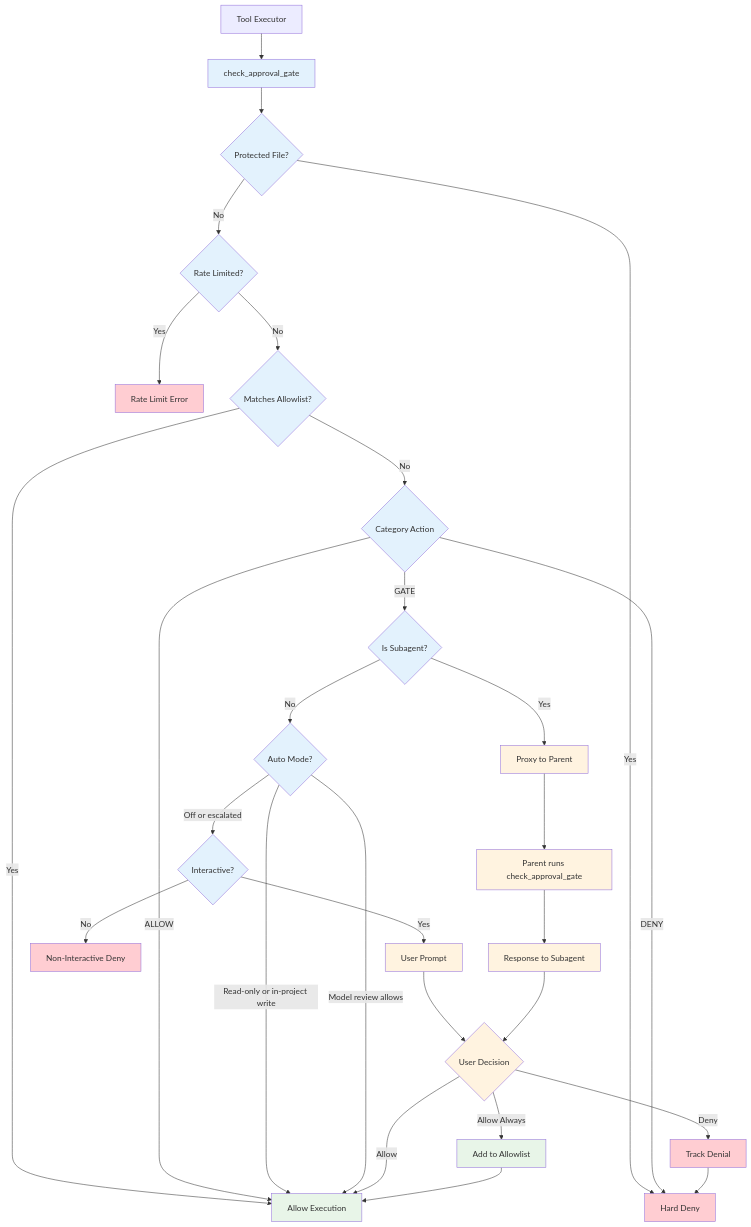
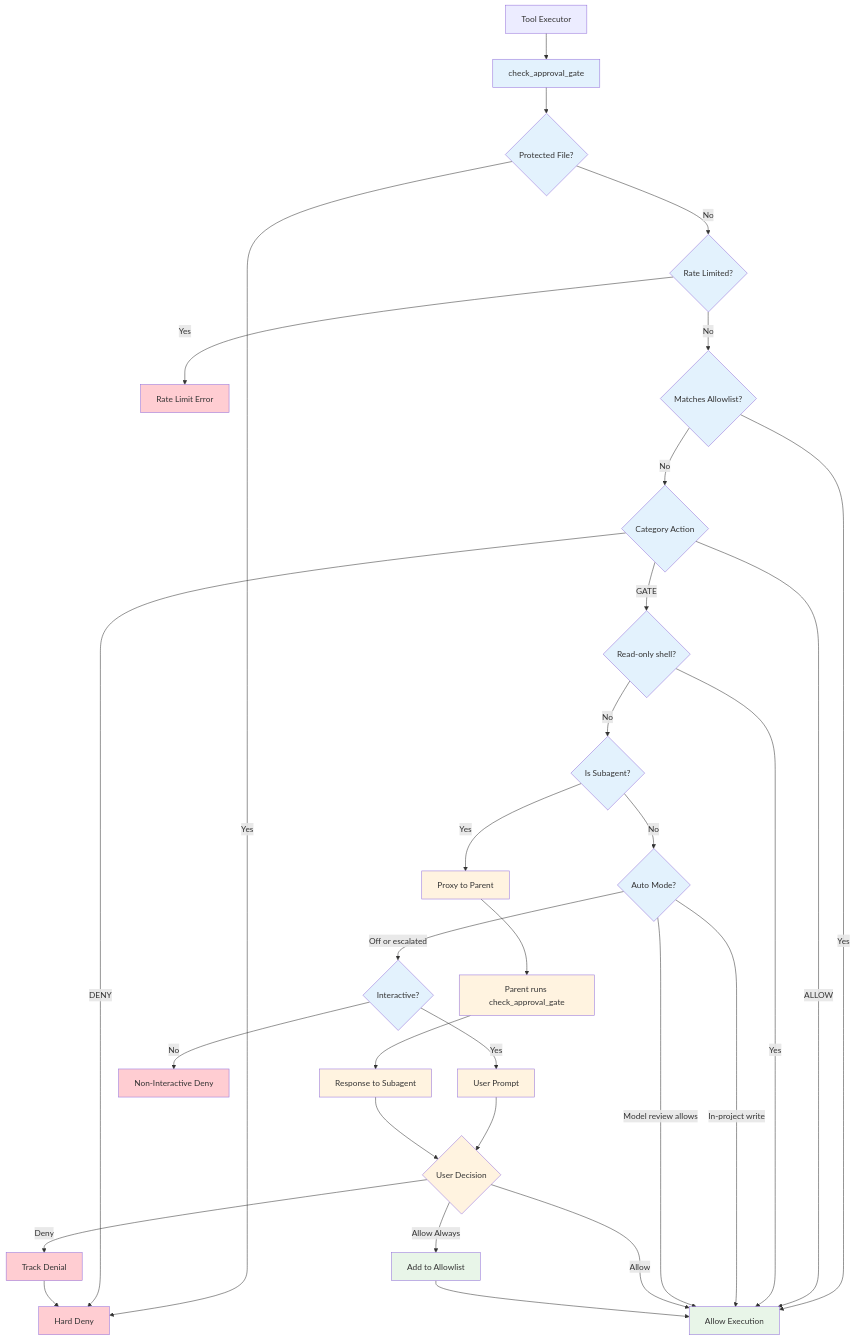
Before and after one commit to tgittos/scaffold: diagram 17 of 20 in ARCHITECTURE.md, drawn with Mermaid. The commit also changed other lines of this file and 1 other file, not shown here.

Commit message:
docs: describe read-only auto-approve in every mode and what "a" saves

````diff
--- a/ARCHITECTURE.md
+++ b/ARCHITECTURE.md
@@ -939,51 +939,54 @@
 ```mermaid
 graph TB
     ToolExec[Tool Executor] --> CheckGate[check_approval_gate]
 
     CheckGate --> ProtectedCheck{Protected File?}
     ProtectedCheck -->|Yes| Deny[Hard Deny]
     ProtectedCheck -->|No| RateCheck{Rate Limited?}
 
     RateCheck -->|Yes| RateLimitErr[Rate Limit Error]
     RateCheck -->|No| AllowlistCheck{Matches Allowlist?}
 
     AllowlistCheck -->|Yes| Allow[Allow Execution]
     AllowlistCheck -->|No| CategoryCheck{Category Action}
 
     CategoryCheck -->|ALLOW| Allow
     CategoryCheck -->|DENY| Deny
-    CategoryCheck -->|GATE| SubagentCheck{Is Subagent?}
+    CategoryCheck -->|GATE| ReadOnlyCheck{Read-only shell?}
+
+    ReadOnlyCheck -->|Yes| Allow
+    ReadOnlyCheck -->|No| SubagentCheck{Is Subagent?}
 
     SubagentCheck -->|Yes| ProxyRequest[Proxy to Parent]
     SubagentCheck -->|No| AutoCheck{Auto Mode?}
 
     ProxyRequest --> ParentCheck[Parent runs check_approval_gate]
     ParentCheck --> ProxyResponse[Response to Subagent]
 
-    AutoCheck -->|Read-only or in-project write| Allow
+    AutoCheck -->|In-project write| Allow
     AutoCheck -->|Model review allows| Allow
     AutoCheck -->|Off or escalated| InteractiveCheck{Interactive?}
 
     InteractiveCheck -->|No| NonInteractiveDeny[Non-Interactive Deny]
     InteractiveCheck -->|Yes| UserPrompt[User Prompt]
 
     UserPrompt --> UserDecision{User Decision}
     ProxyResponse --> UserDecision
 
     UserDecision -->|Allow| Allow
     UserDecision -->|Deny| TrackDenial[Track Denial]
     UserDecision -->|Allow Always| AddPattern[Add to Allowlist]
 
     TrackDenial --> Deny
     AddPattern --> Allow
 
     classDef check fill:#e3f2fd
     classDef action fill:#e8f5e8
     classDef deny fill:#ffcdd2
     classDef prompt fill:#fff3e0
 
-    class CheckGate,ProtectedCheck,RateCheck,AllowlistCheck,CategoryCheck,InteractiveCheck,SubagentCheck,AutoCheck check
+    class CheckGate,ProtectedCheck,RateCheck,AllowlistCheck,CategoryCheck,InteractiveCheck,ReadOnlyCheck,SubagentCheck,AutoCheck check
     class Allow,AddPattern action
     class Deny,RateLimitErr,NonInteractiveDeny,TrackDenial deny
     class UserPrompt,ParentCheck,ProxyRequest,ProxyResponse,UserDecision prompt
 ```
````
